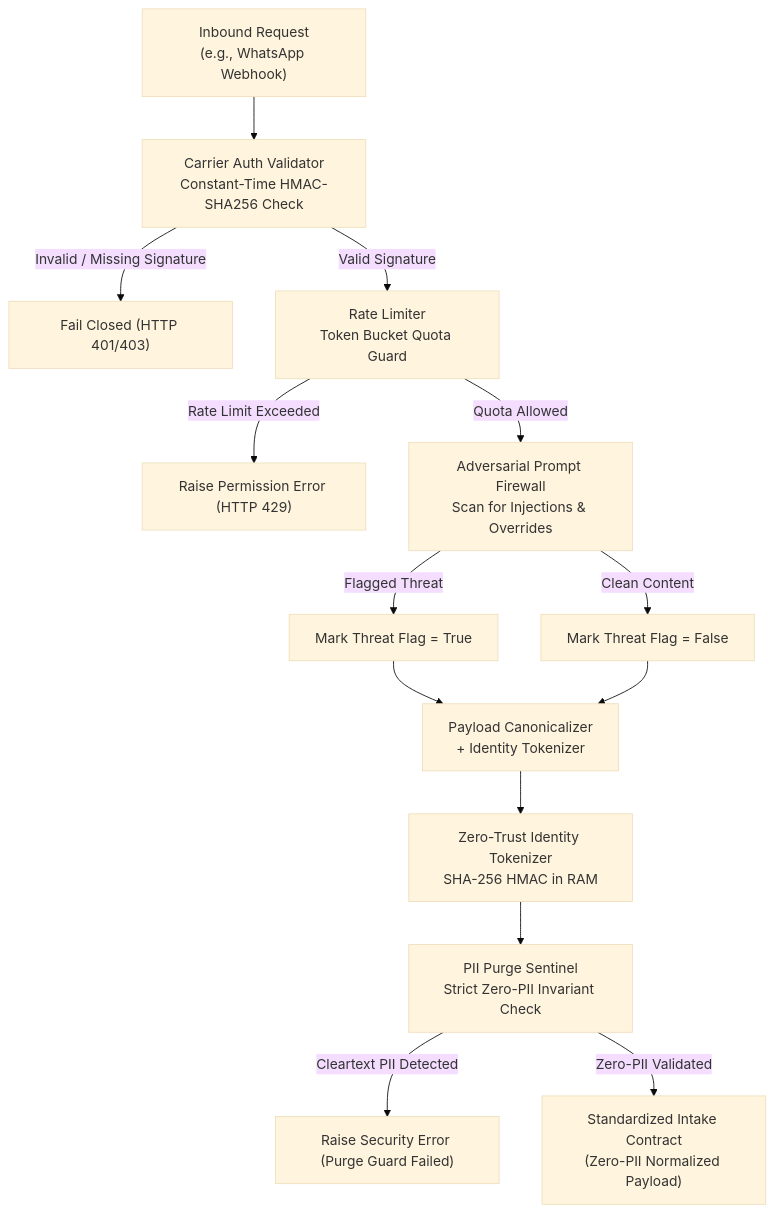
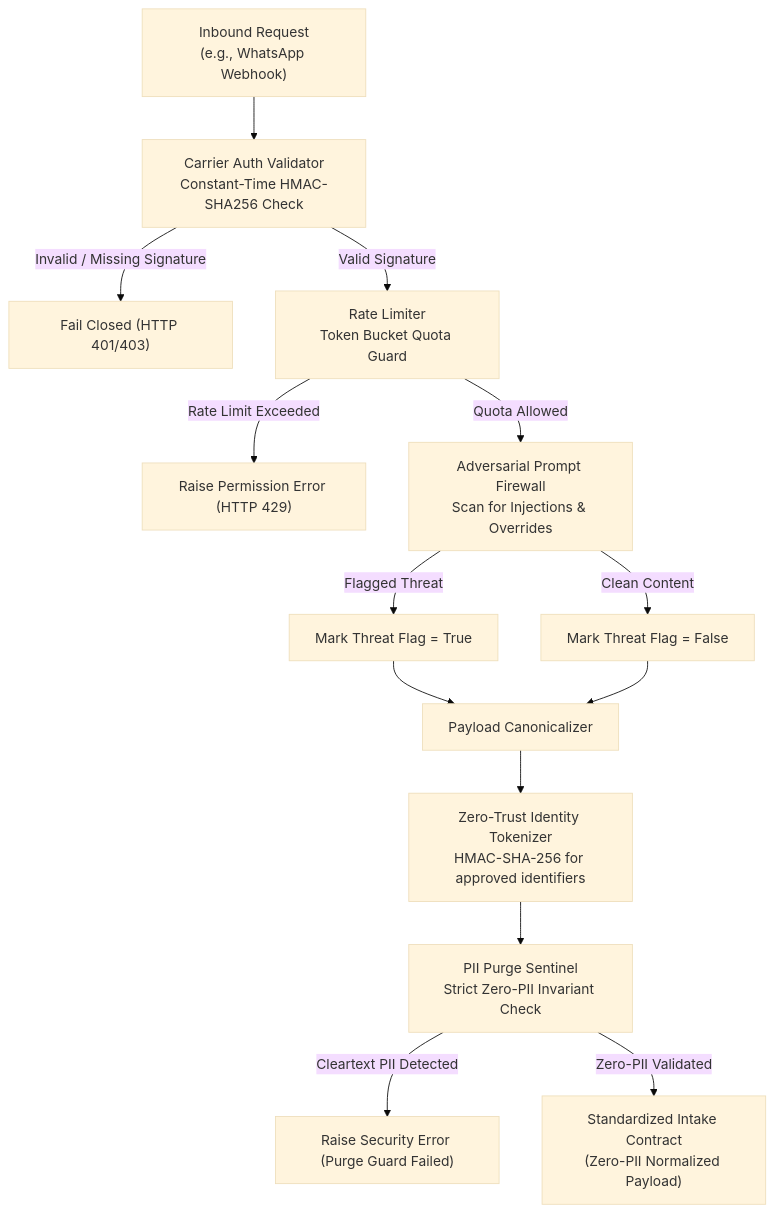
Before and after one commit to gargmishu/agristack-dbt-core: the second of 7 diagrams in docs/end_to_end_code_flow.md, drawn with Mermaid (base theme). The commit also changed other lines of this file, not shown here.

Commit message:
refactor: enhance clarity and accuracy in end-to-end code flow documentation

````diff
--- a/docs/end_to_end_code_flow.md
+++ b/docs/end_to_end_code_flow.md
@@ -100,16 +99,16 @@
 ```mermaid
 flowchart TD
     A["Inbound Request<br/>(e.g., WhatsApp Webhook)"] --> B["Carrier Auth Validator<br/>Constant-Time HMAC-SHA256 Check"]
     B -- "Invalid / Missing Signature" --> B1["Fail Closed (HTTP 401/403)"]
     B -- "Valid Signature" --> C["Rate Limiter<br/>Token Bucket Quota Guard"]
     C -- "Rate Limit Exceeded" --> C1["Raise Permission Error (HTTP 429)"]
     C -- "Quota Allowed" --> D["Adversarial Prompt Firewall<br/>Scan for Injections & Overrides"]
     D -- "Flagged Threat" --> D1["Mark Threat Flag = True"]
     D -- "Clean Content" --> D2["Mark Threat Flag = False"]
-    D1 --> E["Payload Canonicalizer<br/>+ Identity Tokenizer"]
+    D1 --> E["Payload Canonicalizer"]
     D2 --> E
-    E --> F["Zero-Trust Identity Tokenizer<br/>SHA-256 HMAC in RAM"]
+    E --> F["Zero-Trust Identity Tokenizer<br/>HMAC-SHA-256 for approved identifiers"]
     F --> G["PII Purge Sentinel<br/>Strict Zero-PII Invariant Check"]
     G -- "Cleartext PII Detected" --> G1["Raise Security Error (Purge Guard Failed)"]
     G -- "Zero-PII Validated" --> H["Standardized Intake Contract<br/>(Zero-PII Normalized Payload)"]
 ```
````
